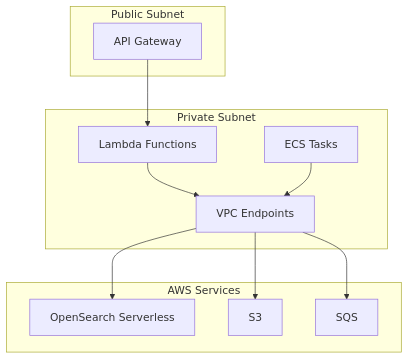
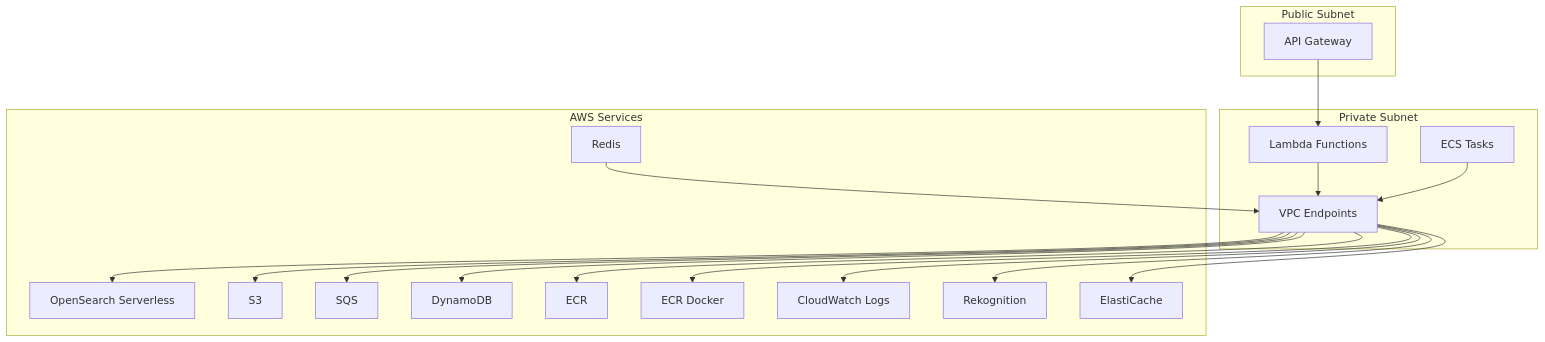
One commit to yike5460/shortvideo-online changed the fifth of 5 diagrams in README.md. Above: the diagram before and after it, drawn with Mermaid. The commit also changed other lines of this file, not shown here.

````diff
--- a/README.md
+++ b/README.md
@@ -424,25 +535,40 @@
 ```mermaid
 graph TD
     subgraph "Public Subnet"
         APIGW[API Gateway]
     end
 
     subgraph "Private Subnet"
         Lambda[Lambda Functions]
         ECS[ECS Tasks]
         VPCEndpoints[VPC Endpoints]
     end
 
     subgraph "AWS Services"
         OS[OpenSearch Serverless]
         S3[S3]
         SQS[SQS]
+        DynamoDB[DynamoDB]
+        ECR[ECR]
+        ECRDocker[ECR Docker]
+        CloudWatchLogs[CloudWatch Logs]
+        Rekognition[Rekognition]
+        ElastiCache[ElastiCache]
+        Redis[Redis]
     end
 
     APIGW --> Lambda
     Lambda --> VPCEndpoints
     ECS --> VPCEndpoints
+    Redis --> VPCEndpoints
+
     VPCEndpoints --> OS
     VPCEndpoints --> S3
     VPCEndpoints --> SQS
+    VPCEndpoints --> DynamoDB
+    VPCEndpoints --> ECR
+    VPCEndpoints --> ECRDocker
+    VPCEndpoints --> CloudWatchLogs
+    VPCEndpoints --> Rekognition
+    VPCEndpoints --> ElastiCache
 ```
````
